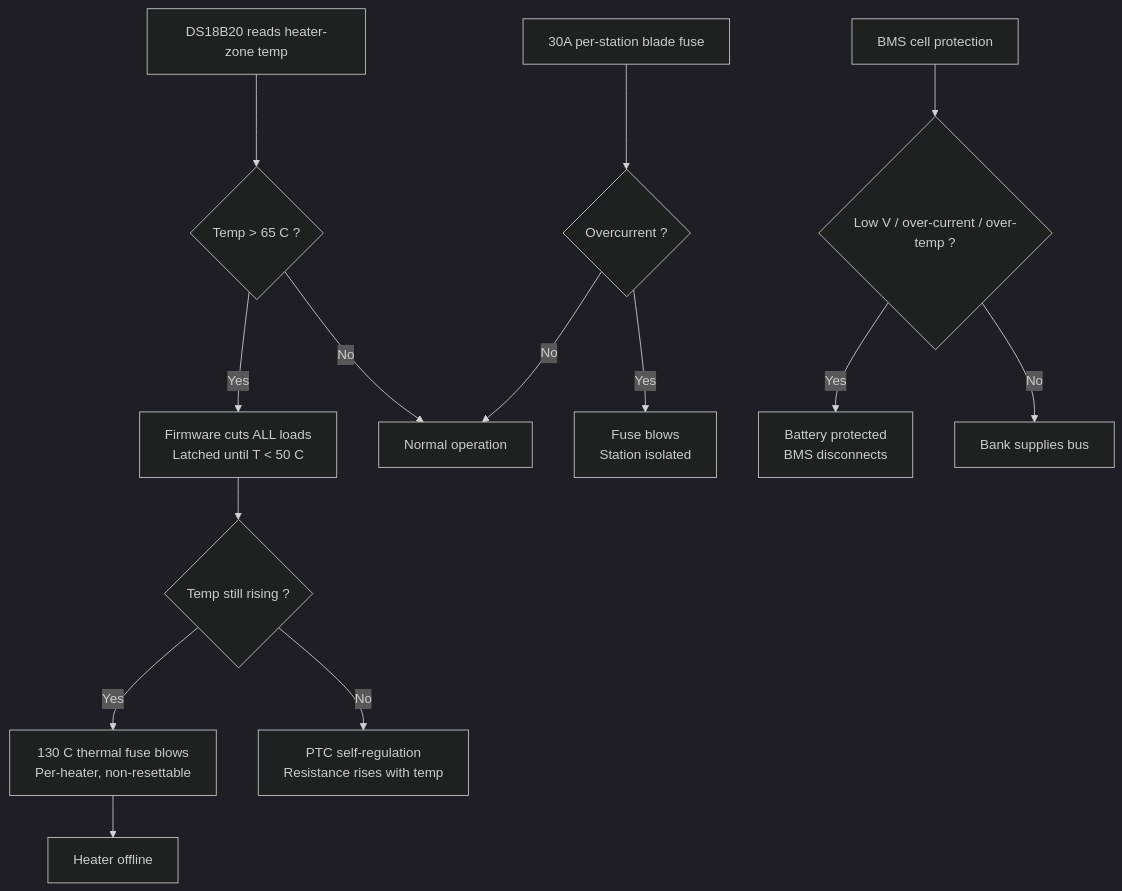
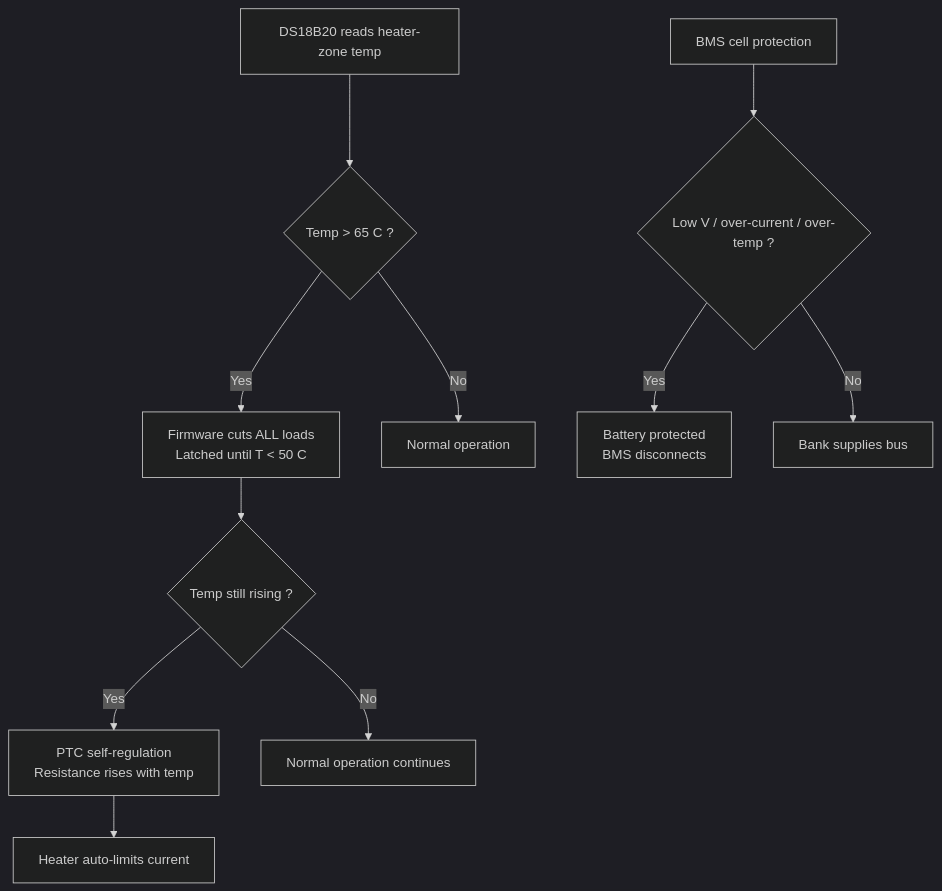
Before and after one commit to qppd/umbrella-dryer-v2: the third of 4 diagrams in docs/SYSTEM-ARCHITECTURE.md, drawn with Mermaid (dark theme). The commit also changed other lines of this file and 7 other files, not shown here.

````diff
--- a/docs/SYSTEM-ARCHITECTURE.md
+++ b/docs/SYSTEM-ARCHITECTURE.md
@@ -142,20 +133,16 @@
 ```mermaid
 flowchart TD
     A["DS18B20 reads heater-zone temp"] --> B{"Temp > 65 C ?"}
     B -- Yes --> C["Firmware cuts ALL loads<br/>Latched until T < 50 C"]
     B -- No --> D["Normal operation"]
 
     C --> E{"Temp still rising ?"}
-    E -- Yes --> F["130 C thermal fuse blows<br/>Per-heater, non-resettable"]
-    E -- No --> G["PTC self-regulation<br/>Resistance rises with temp"]
+    E -- Yes --> F["PTC self-regulation<br/>Resistance rises with temp"]
+    E -- No --> G["Normal operation continues"]
 
-    F --> H["Heater offline"]
+    F --> H["Heater auto-limits current"]
 
-    I["30A per-station blade fuse"] --> J{"Overcurrent ?"}
-    J -- Yes --> K["Fuse blows<br/>Station isolated"]
-    J -- No --> D
-
-    L["BMS cell protection"] --> M{"Low V / over-current / over-temp ?"}
-    M -- Yes --> N["Battery protected<br/>BMS disconnects"]
-    M -- No --> O["Bank supplies bus"]
+    I["BMS cell protection"] --> J{"Low V / over-current / over-temp ?"}
+    J -- Yes --> K["Battery protected<br/>BMS disconnects"]
+    J -- No --> O["Bank supplies bus"]
 ```
````
